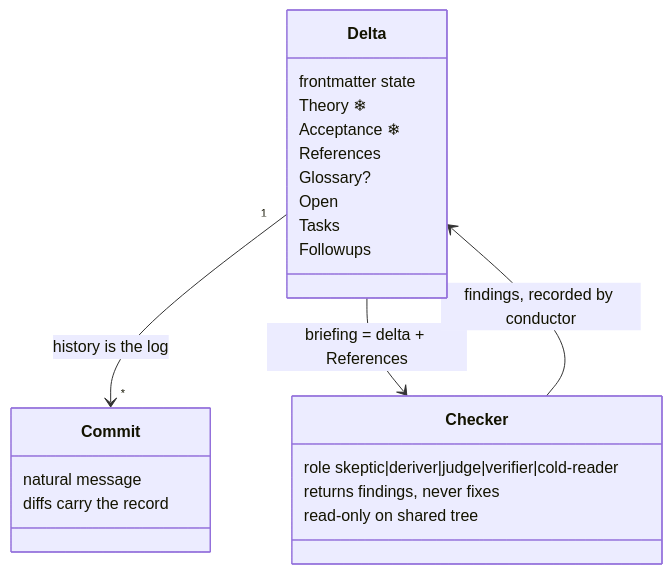
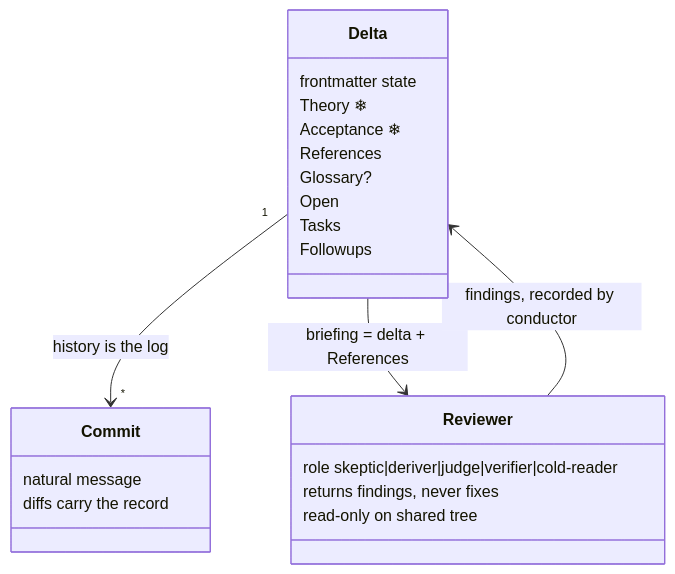
The second of 2 diagrams in .deltas/dddv2.md (andrezzoid/config), drawn with Mermaid before and after one commit. The commit also changed other lines of this file, not shown here.

First line of the commit message:
dddv2: reviewer naming; finding lists are evidence not measures; size bound softened to holdable surface

````diff
--- a/.deltas/dddv2.md
+++ b/.deltas/dddv2.md
@@ -122,25 +123,25 @@
 ```mermaid
 classDiagram
     class Delta {
       frontmatter state
       Theory ❄
       Acceptance ❄
       References
       Glossary?
       Open
       Tasks
       Followups
     }
     class Commit {
       natural message
       diffs carry the record
     }
-    class Checker {
+    class Reviewer {
       role skeptic|deriver|judge|verifier|cold-reader
       returns findings, never fixes
       read-only on shared tree
     }
     Delta "1" --> "*" Commit : history is the log
-    Delta --> Checker : briefing = delta + References
-    Checker --> Delta : findings, recorded by conductor
+    Delta --> Reviewer : briefing = delta + References
+    Reviewer --> Delta : findings, recorded by conductor
 ```
````
